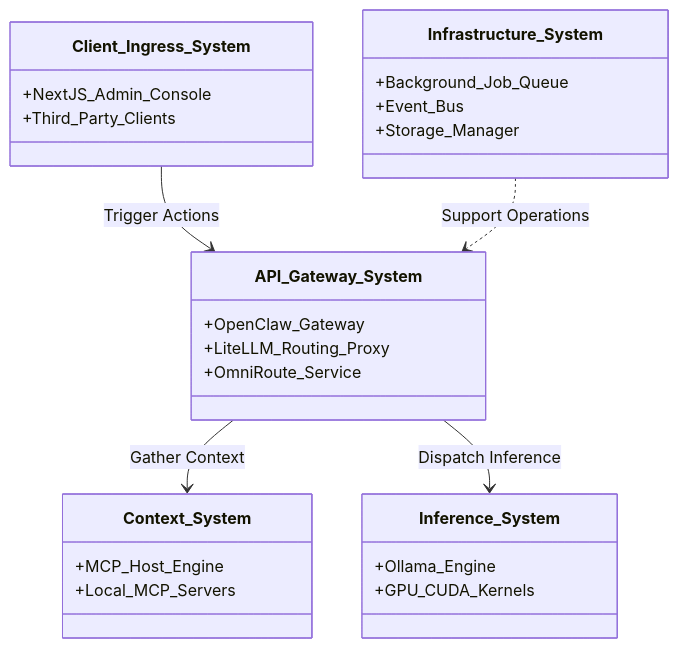
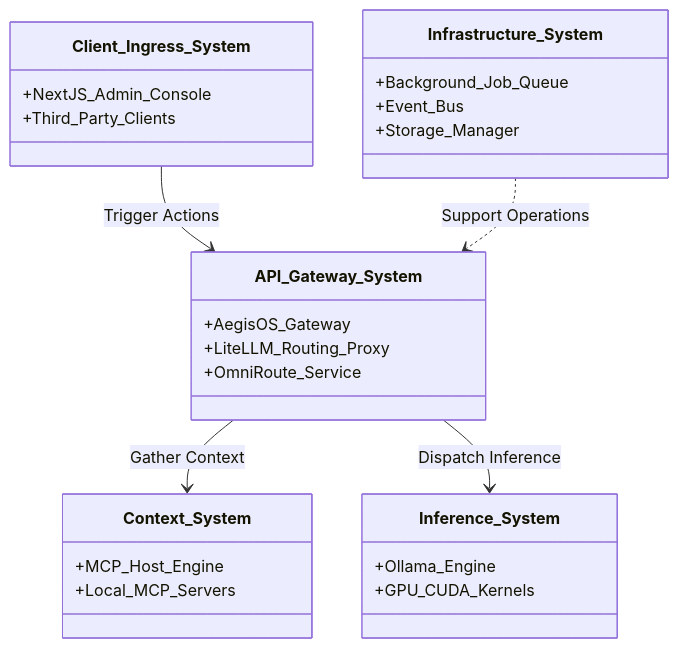
The second of 5 diagrams in docs/Architecture_Handbook.md (rjmad1/AegisOS), drawn with Mermaid before and after one commit. The commit also changed other lines of this file and 303 other files, not shown here.

Commit message:
refactor(branding): rename OpenClaw to AegisOS

````diff
--- a/docs/Architecture_Handbook.md
+++ b/docs/Architecture_Handbook.md
@@ -68,30 +68,30 @@
 ```mermaid
 classDiagram
     class Client_Ingress_System {
         +NextJS_Admin_Console
         +Third_Party_Clients
     }
     class API_Gateway_System {
-        +OpenClaw_Gateway
+        +AegisOS_Gateway
         +LiteLLM_Routing_Proxy
         +OmniRoute_Service
     }
     class Context_System {
         +MCP_Host_Engine
         +Local_MCP_Servers
     }
     class Inference_System {
         +Ollama_Engine
         +GPU_CUDA_Kernels
     }
     class Infrastructure_System {
         +Background_Job_Queue
         +Event_Bus
         +Storage_Manager
     }
 
     Client_Ingress_System --> API_Gateway_System : Trigger Actions
     API_Gateway_System --> Context_System : Gather Context
     API_Gateway_System --> Inference_System : Dispatch Inference
     Infrastructure_System ..> API_Gateway_System : Support Operations
 ```
````
